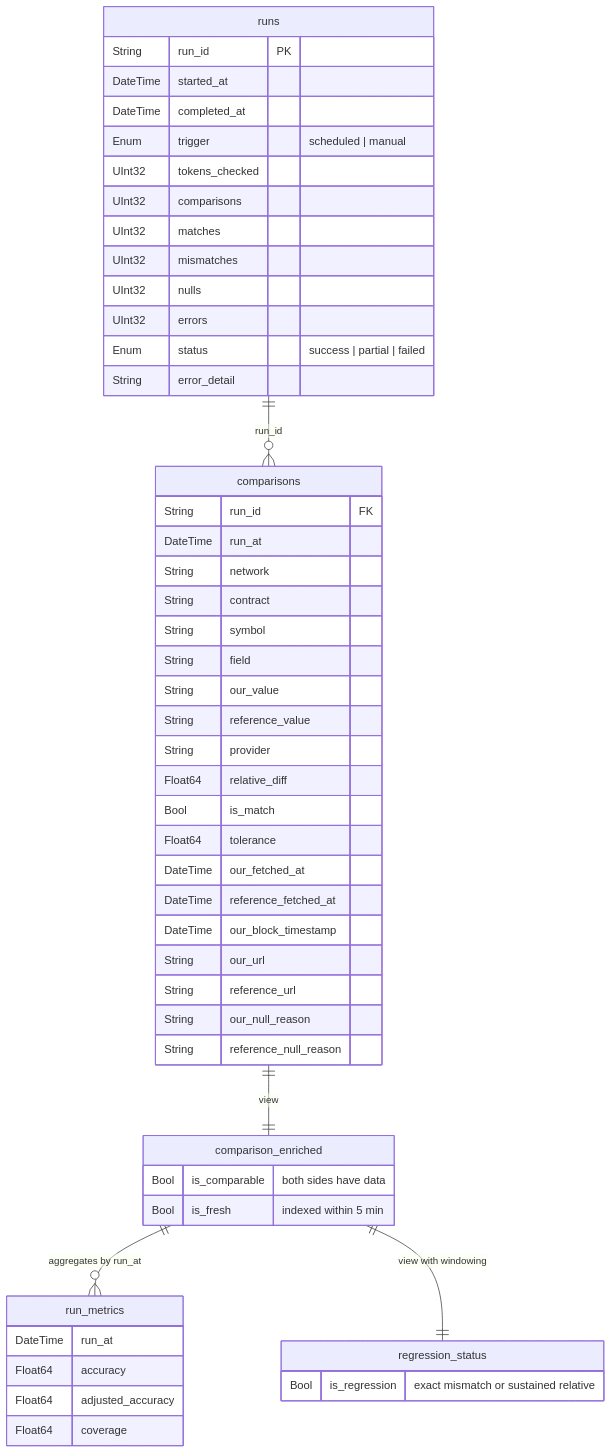
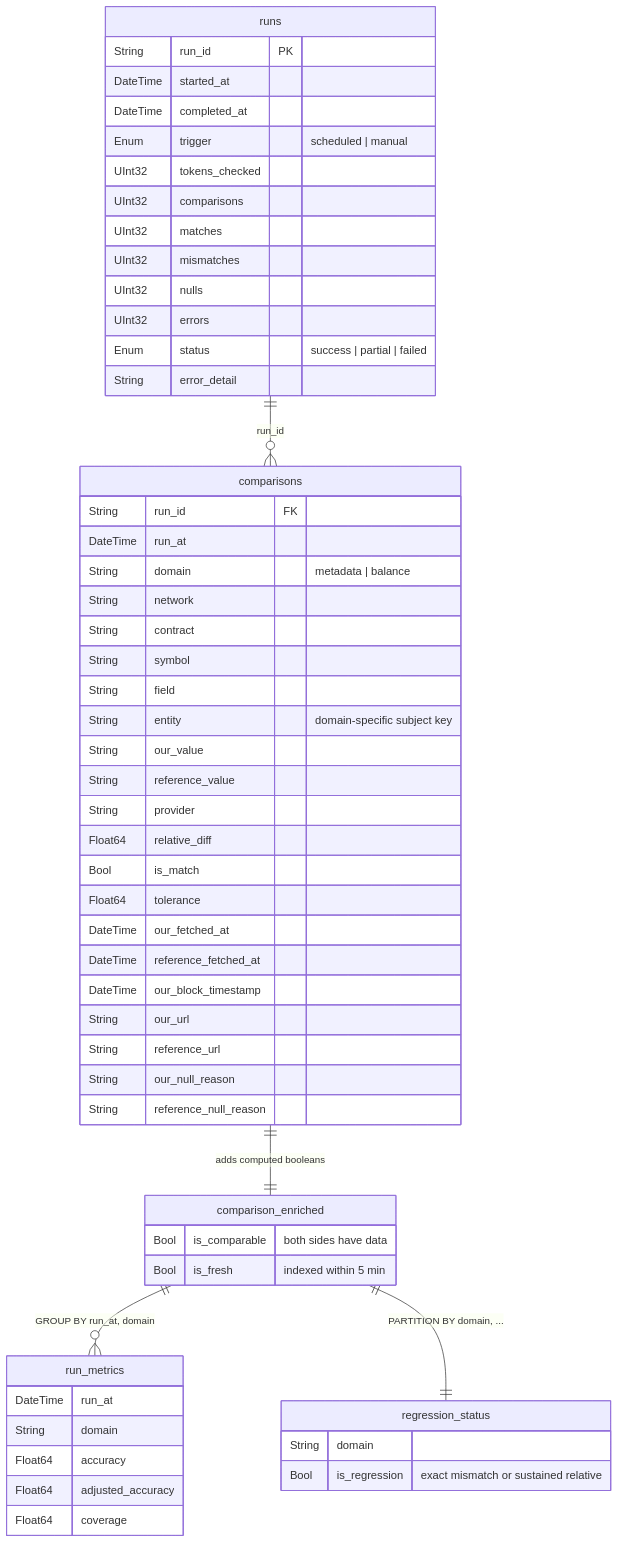
Before and after one commit to pinax-network/token-api-validator: the diagram in README.md, drawn with Mermaid. The commit also changed other lines of this file and 2 other files, not shown here.

First line of the commit message:
Update documentation for balance validation and domain-agnostic schema

````diff
--- a/README.md
+++ b/README.md
@@ -155,60 +160,64 @@
 ```mermaid
 erDiagram
     runs {
         String run_id PK
         DateTime started_at
         DateTime completed_at
         Enum trigger "scheduled | manual"
         UInt32 tokens_checked
         UInt32 comparisons
         UInt32 matches
         UInt32 mismatches
         UInt32 nulls
         UInt32 errors
         Enum status "success | partial | failed"
         String error_detail
     }
 
     comparisons {
         String run_id FK
         DateTime run_at
+        String domain "metadata | balance"
         String network
         String contract
         String symbol
         String field
+        String entity "domain-specific subject key"
         String our_value
         String reference_value
         String provider
         Float64 relative_diff
         Bool is_match
         Float64 tolerance
         DateTime our_fetched_at
         DateTime reference_fetched_at
         DateTime our_block_timestamp
         String our_url
         String reference_url
         String our_null_reason
         String reference_null_reason
     }
 
     comparison_enriched {
         Bool is_comparable "both sides have data"
         Bool is_fresh "indexed within 5 min"
     }
 
     run_metrics {
         DateTime run_at
+        String domain
         Float64 accuracy
         Float64 adjusted_accuracy
         Float64 coverage
     }
 
     regression_status {
+        String domain
         Bool is_regression "exact mismatch or sustained relative"
     }
 
     runs ||--o{ comparisons : "run_id"
-    comparisons ||--|| comparison_enriched : "view"
-    comparison_enriched ||--o{ run_metrics : "aggregates by run_at"
-    comparison_enriched ||--|| regression_status : "view with windowing"
+    comparisons ||--|| comparison_enriched : "adds computed booleans"
+    comparison_enriched ||--o{ run_metrics : "GROUP BY run_at, domain"
+    comparison_enriched ||--|| regression_status : "PARTITION BY domain, ..."
 ```
````
